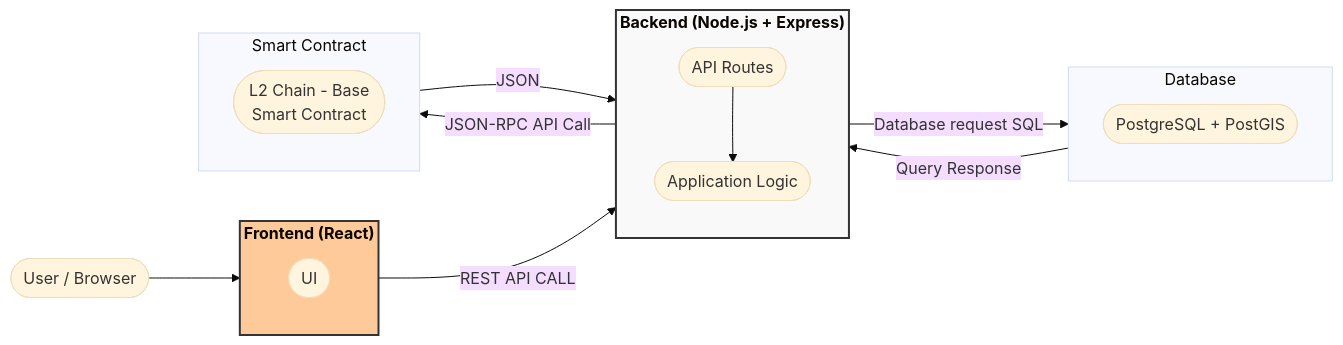
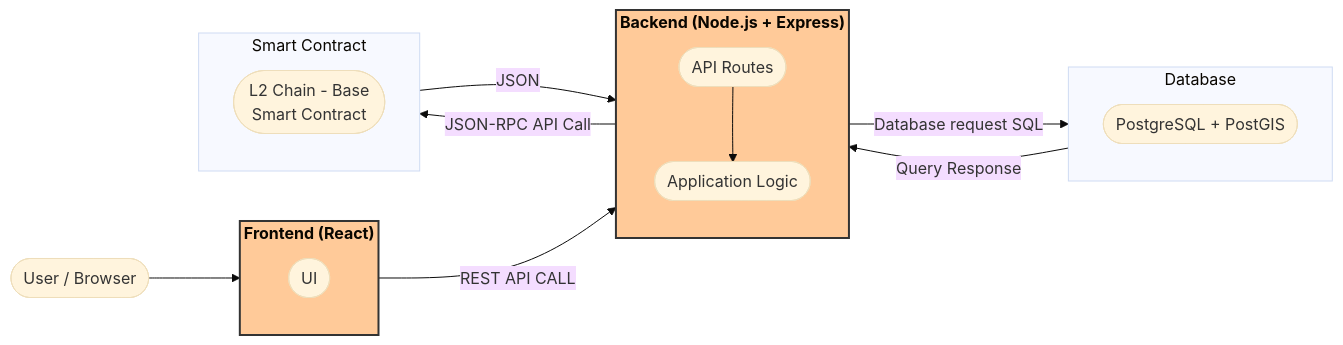
One commit to AnnaP464/COMP-4350-Group-8 changed the diagram in Sprint 0/sprint0.md. Above: the diagram before and after it, drawn with Mermaid (base theme).

````diff
--- a/Sprint 0/sprint0.md
+++ b/Sprint 0/sprint0.md
@@ -9,38 +9,41 @@
 ```mermaid
 flowchart LR
   user([User / Browser])
 
   subgraph FE ["Frontend (React)"]
     direction TB
     app([UI])
   end
 
 style FE fill:#ffca99,stroke:#333,stroke-width:2px,color:#0
 
   subgraph BE ["Backend (Node.js + Express)"]
     direction TB
     api([API Routes])
     logic([Application Logic])
   end
+
+style BE fill:#ffca99,stroke:#333,stroke-width:2px,color:#0
+
 
   subgraph db ["Database"]
     data([PostgreSQL + PostGIS])
   end
   subgraph l2 ["Smart Contract"]
     block([L2 Chain - Base<br/>Smart Contract])
   end
 
   %% Connections
   user --> app
   app -->|REST API CALL| api
   api --> logic
   logic --> |Database request SQL|db
   db --> |Query Response|logic
   logic -->|JSON-RPC API Call| l2
   l2 --> |JSON| logic
 
  %% Styling
   classDef bigLabel font-size:16px,font-weight:bold,fill:#f9f9f9,stroke:#333,stroke-width:2px;
   class BE bigLabel
   class FE bigLabel
 ```
````
